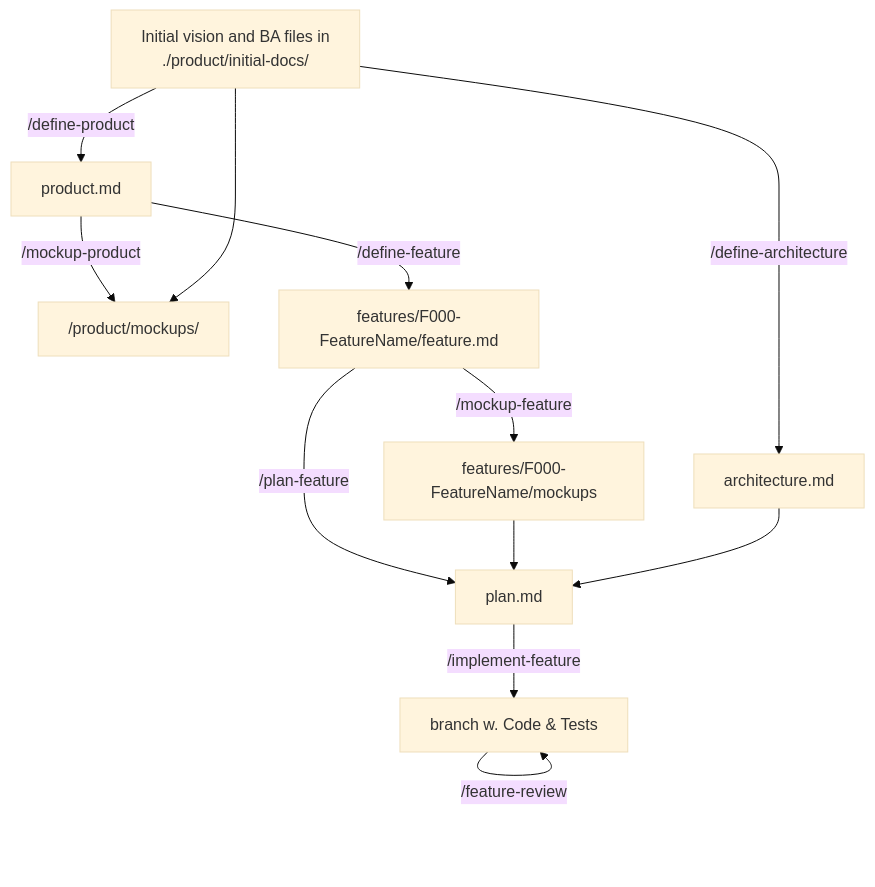
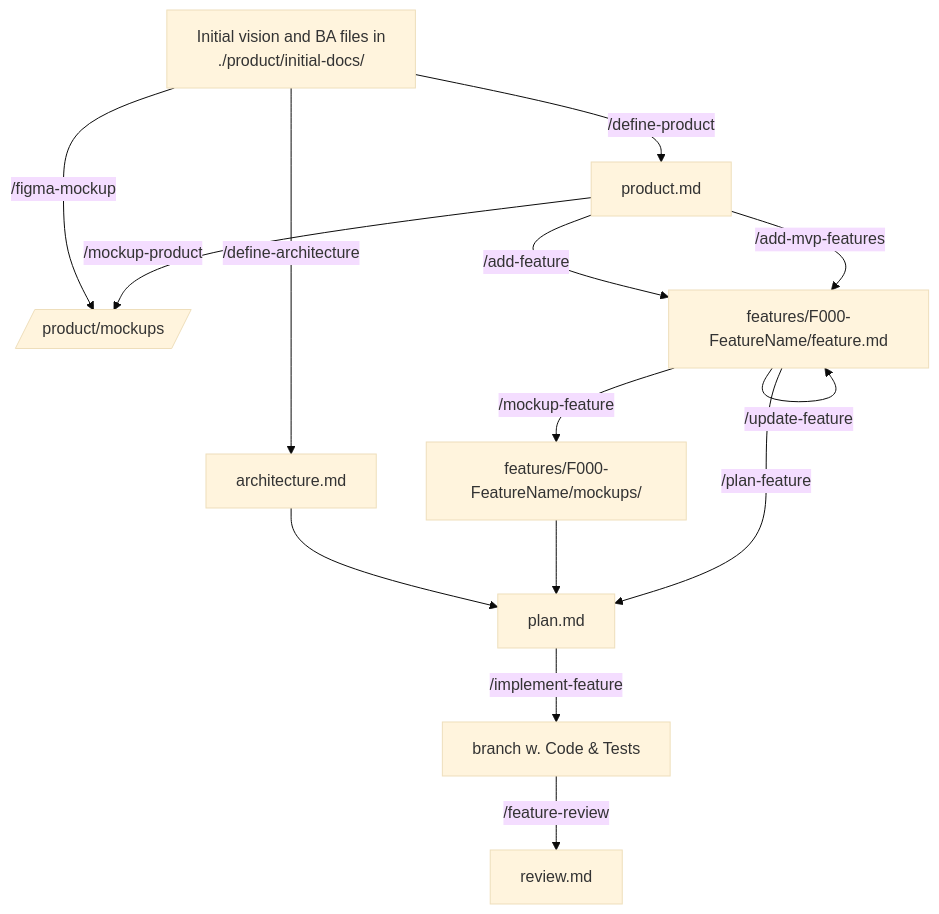
The first of 5 diagrams in README.md (andpush/product-flow), drawn with Mermaid (base theme) before and after one commit. The commit also changed other lines of this file and 1 other file, not shown here.

````diff
--- a/README.md
+++ b/README.md
@@ -14,24 +14,26 @@
 ```mermaid
 graph TB
     IN[Initial vision and BA files in
-    ./product/initial-docs/] 
+    ./product/initial-docs/]
         -->|/define-product| PR[product.md]
-    
-    
-    PR-->|/mockup-product|PM[ /product/mockups/ ]
-    IN--> PM
+
+
+    PR-->|/mockup-product|PM[/product/mockups/]
+    IN-->|/figma-mockup|PM
 
     IN -->|/define-architecture| AR[architecture.md]
-    
-    PR --> |/define-feature| F[features/F000-FeatureName/feature.md]
 
-    F --> |/mockup-feature| FM[features/F000-FeatureName/mockups]
+    PR -->|/add-mvp-features| F[features/F000-FeatureName/feature.md]
+    PR -->|/add-feature| F
+
+    F -->|/update-feature| F
+    F -->|/mockup-feature| FM[features/F000-FeatureName/mockups/]
 
     F-->|/plan-feature| FP[plan.md]
     FM-->FP
     AR-->FP
 
     FP-->|/implement-feature| FB[branch w. Code & Tests]
-    FB-->|/feature-review|FB
-    
+    FB-->|/feature-review|RV[review.md]
+
 ```
````
